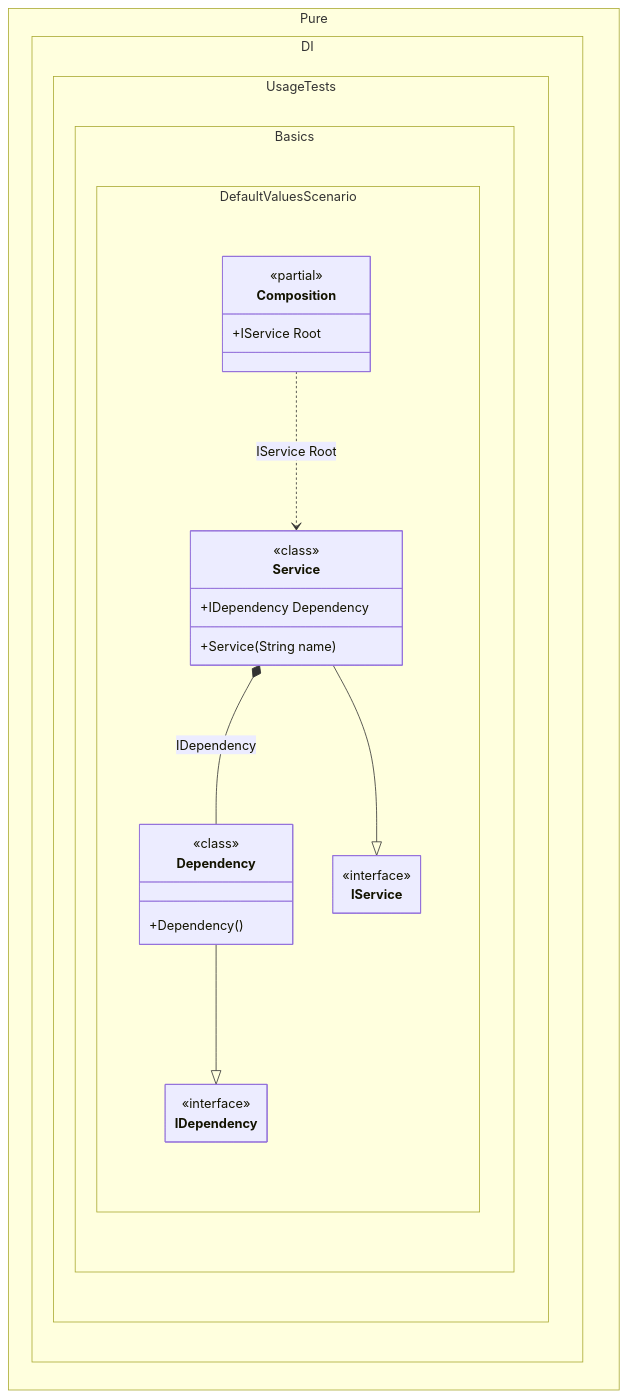
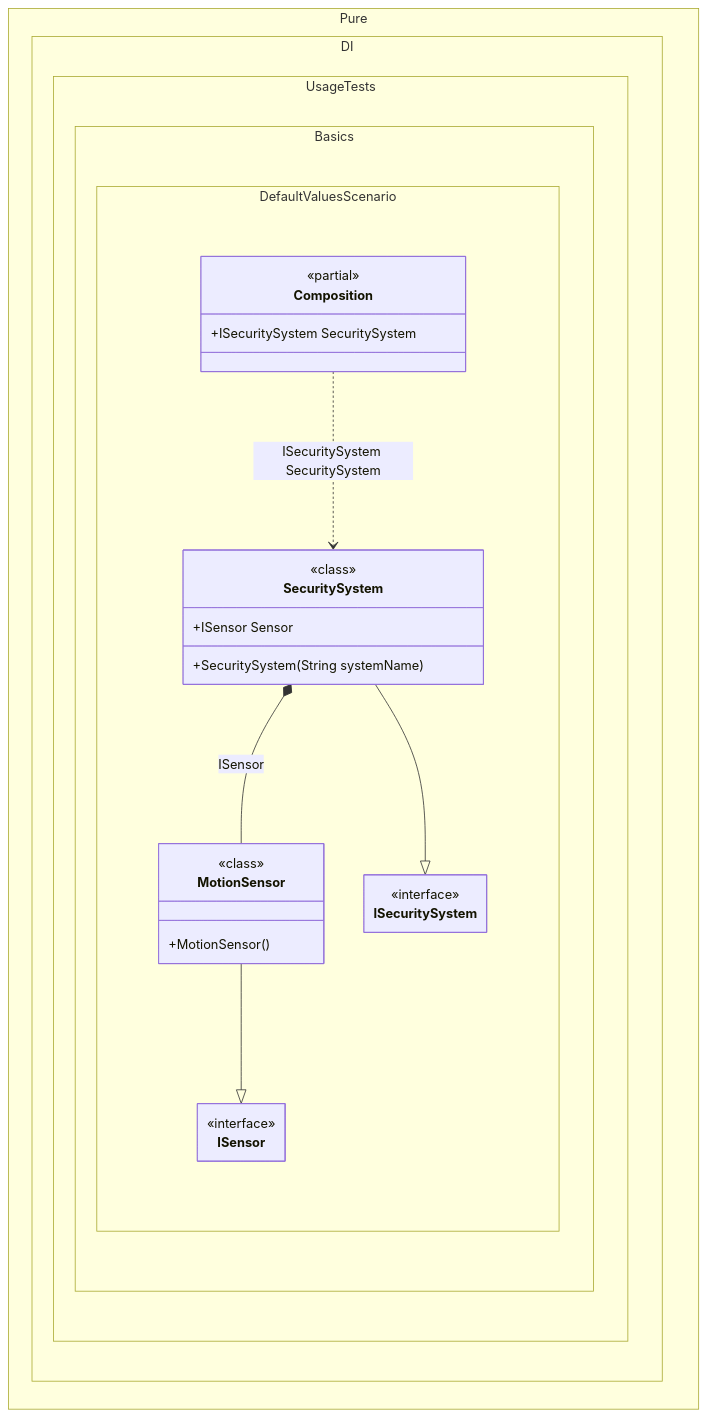
Before and after one commit to DevTeam/Pure.DI: the diagram in readme/default-values.md, drawn with Mermaid. The commit also changed other lines of this file and 126 other files, not shown here.

````diff
--- a/readme/default-values.md
+++ b/readme/default-values.md
@@ -110,35 +113,35 @@
 ```mermaid
 ---
  config:
   maxTextSize: 2147483647
   maxEdges: 2147483647
   class:
    hideEmptyMembersBox: true
 ---
 classDiagram
-	Dependency --|> IDependency
-	Service --|> IService
-	Composition ..> Service : IService Root
-	Service *--  Dependency : IDependency
+	MotionSensor --|> ISensor
+	SecuritySystem --|> ISecuritySystem
+	Composition ..> SecuritySystem : ISecuritySystem SecuritySystem
+	SecuritySystem *--  MotionSensor : ISensor
 	namespace Pure.DI.UsageTests.Basics.DefaultValuesScenario {
 		class Composition {
 		<<partial>>
-		+IService Root
+		+ISecuritySystem SecuritySystem
 		}
-		class Dependency {
-				<<class>>
-			+Dependency()
-		}
-		class IDependency {
+		class ISecuritySystem {
 			<<interface>>
 		}
-		class IService {
+		class ISensor {
 			<<interface>>
 		}
-		class Service {
+		class MotionSensor {
 				<<class>>
-			+Service(String name)
-			+IDependency Dependency
+			+MotionSensor()
+		}
+		class SecuritySystem {
+				<<class>>
+			+SecuritySystem(String systemName)
+			+ISensor Sensor
 		}
 	}
 ```
````
